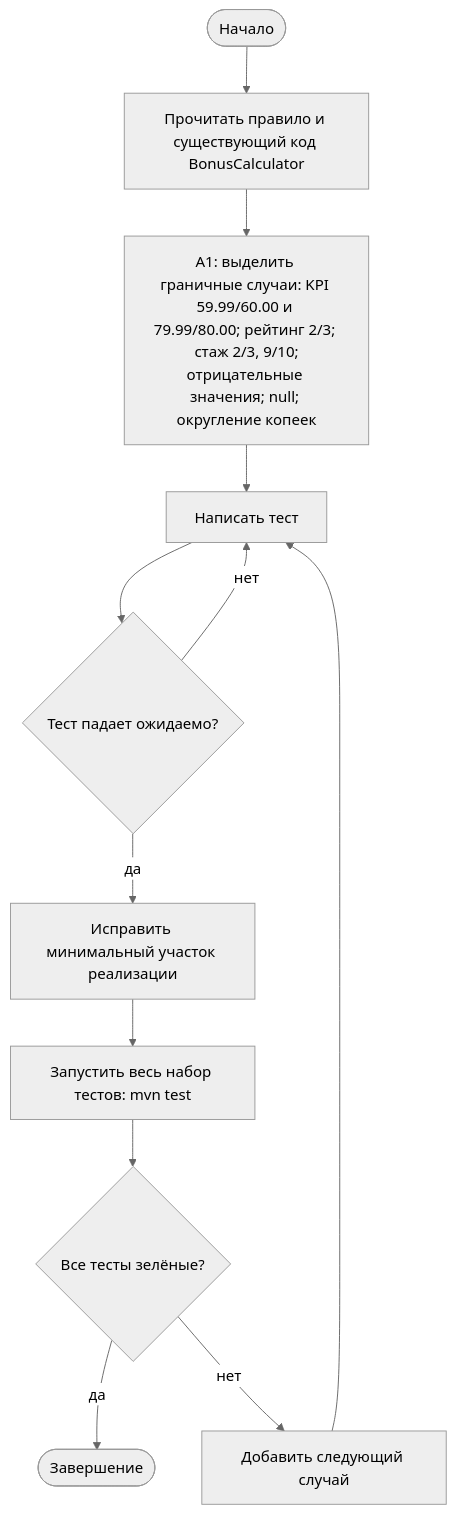
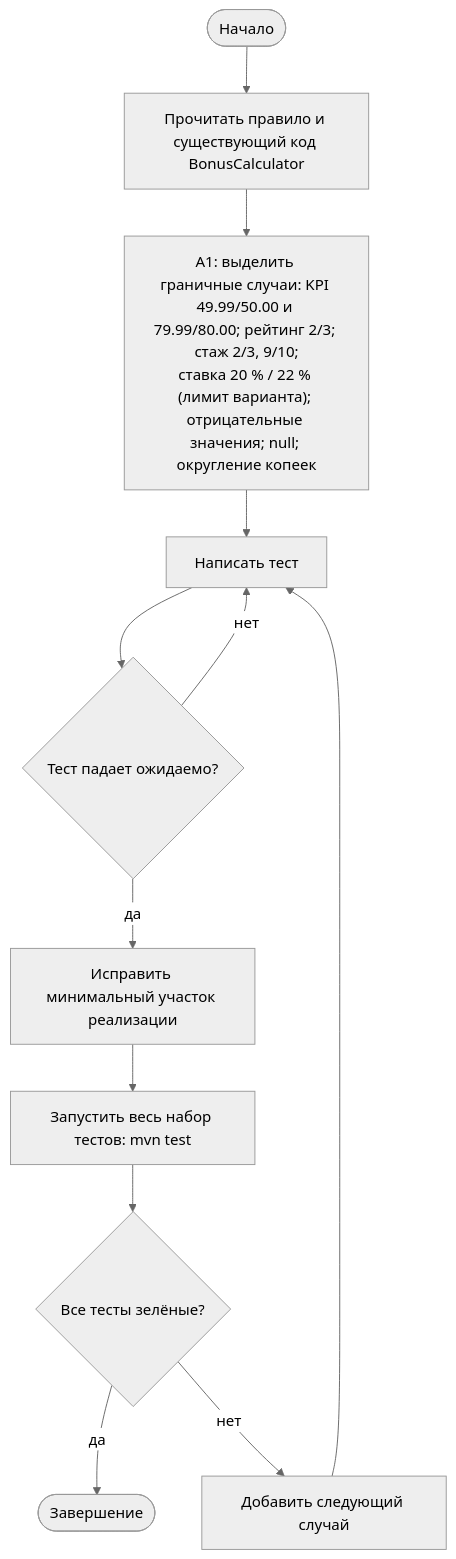
The first of 2 diagrams in pr14/README.md (f1shi/java-practice), drawn with Mermaid (neutral theme) before and after one commit. The commit also changed other lines of this file and 68 other files, not shown here.

````diff
--- a/pr14/README.md
+++ b/pr14/README.md
@@ -74,13 +78,13 @@
 ```mermaid
 flowchart TD
     S([Начало]) --> R[Прочитать правило и существующий код BonusCalculator]
-    R --> A1["A1: выделить граничные случаи: KPI 59.99/60.00 и 79.99/80.00; рейтинг 2/3; стаж 2/3, 9/10;<br/>отрицательные значения; null; округление копеек"]
+    R --> A1["A1: выделить граничные случаи: KPI 49.99/50.00 и 79.99/80.00; рейтинг 2/3; стаж 2/3, 9/10;<br/>ставка 20 % / 22 % (лимит варианта); отрицательные значения; null; округление копеек"]
     A1 --> W[Написать тест]
     W --> F{Тест падает ожидаемо?}
     F -- нет --> W
     F -- да --> FIX[Исправить минимальный участок реализации]
     FIX --> ALL["Запустить весь набор тестов: mvn test"]
     ALL --> G{Все тесты зелёные?}
     G -- да --> E([Завершение])
     G -- нет --> N[Добавить следующий случай] --> W
 ```
````
